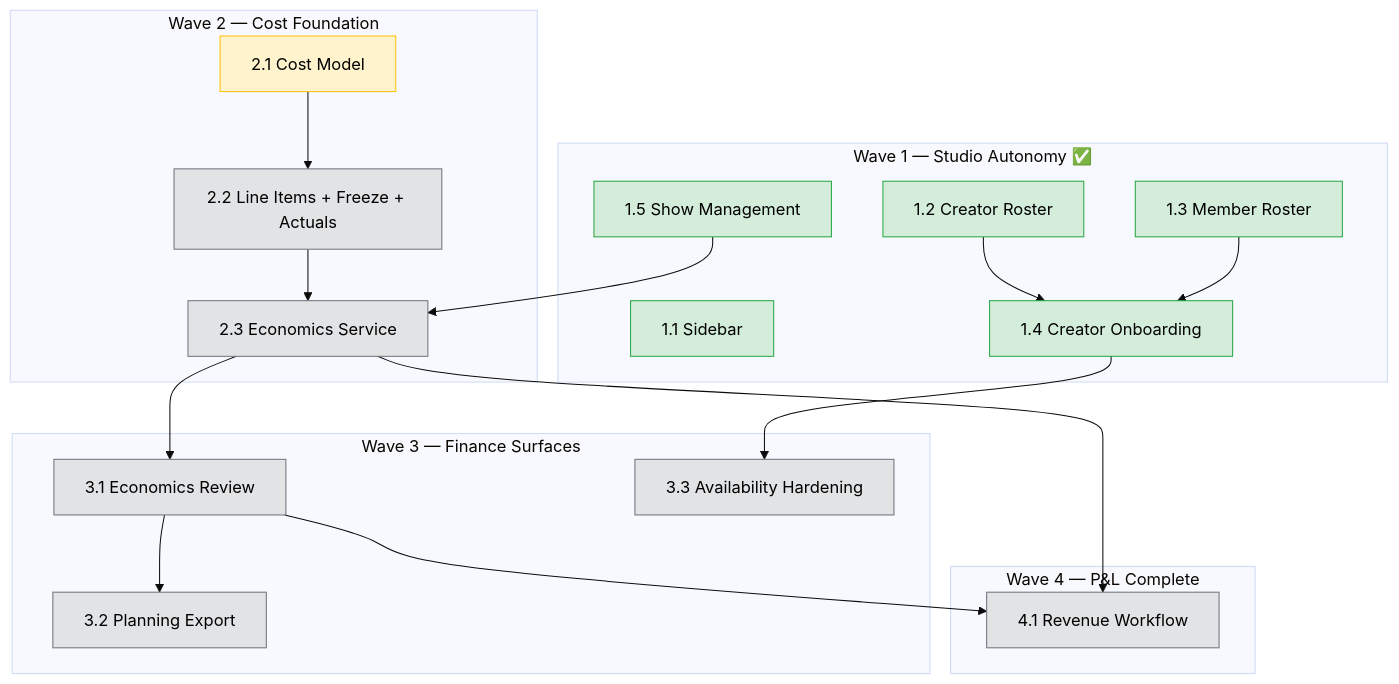
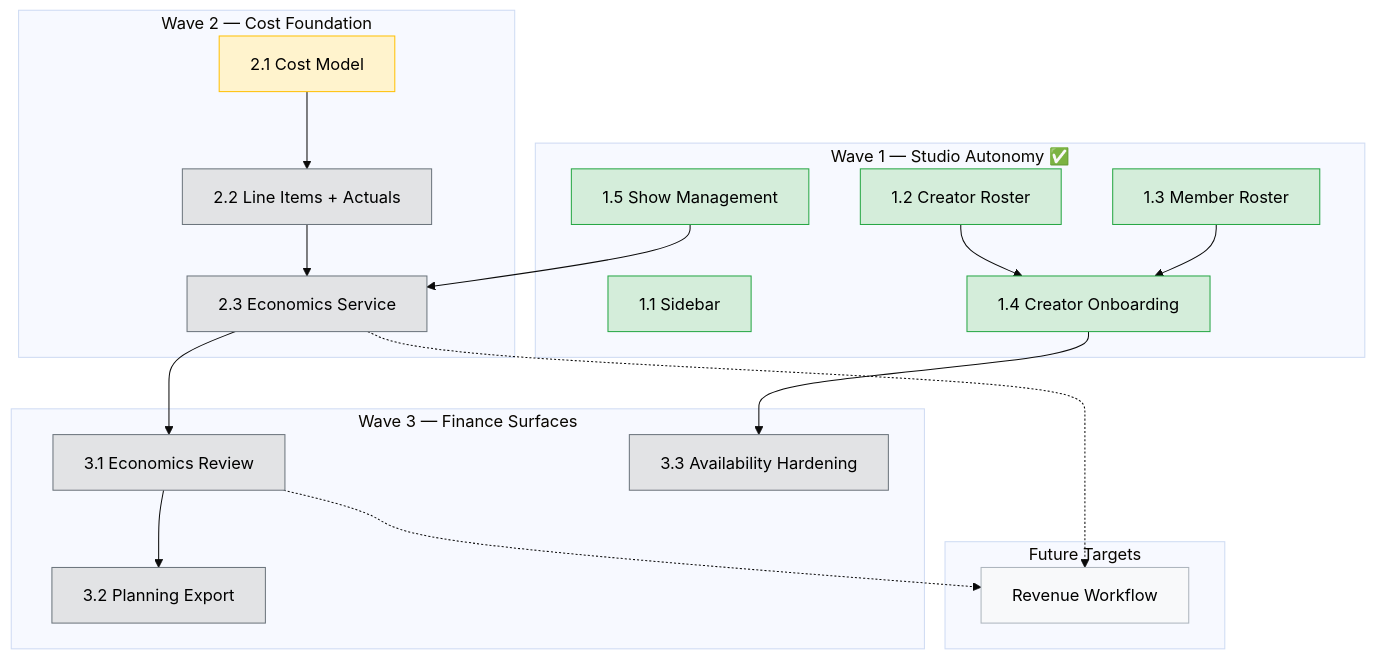
Before and after one commit to allenlin90/eridu-services: the diagram in docs/roadmap/PHASE_4.md, drawn with Mermaid (base theme). The commit also changed other lines of this file and 6 other files, not shown here.

````diff
--- a/docs/roadmap/PHASE_4.md
+++ b/docs/roadmap/PHASE_4.md
@@ -62,44 +65,46 @@
 ```mermaid
 flowchart TD
     subgraph wave1["Wave 1 — Studio Autonomy ✅"]
         W1_1["1.1 Sidebar"]
         W1_2["1.2 Creator Roster"]
         W1_3["1.3 Member Roster"]
         W1_4["1.4 Creator Onboarding"]
         W1_5["1.5 Show Management"]
     end
 
     subgraph wave2["Wave 2 — Cost Foundation"]
         W2_1["2.1 Cost Model"]
-        W2_2["2.2 Line Items + Freeze + Actuals"]
+        W2_2["2.2 Line Items + Actuals"]
         W2_3["2.3 Economics Service"]
     end
 
     subgraph wave3["Wave 3 — Finance Surfaces"]
         W3_1["3.1 Economics Review"]
         W3_2["3.2 Planning Export"]
         W3_3["3.3 Availability Hardening"]
     end
 
-    subgraph wave4["Wave 4 — P&L Complete"]
-        W4_1["4.1 Revenue Workflow"]
+    subgraph future["Future Targets"]
+        W4_1["Revenue Workflow"]
     end
 
     W1_2 --> W1_4
     W1_3 --> W1_4
     W1_5 --> W2_3
     W2_1 --> W2_2 --> W2_3
     W2_3 --> W3_1
     W3_1 --> W3_2
     W1_4 --> W3_3
-    W2_3 --> W4_1
-    W3_1 --> W4_1
+    W2_3 -.-> W4_1
+    W3_1 -.-> W4_1
 
     classDef done fill:#d4edda,stroke:#28a745,color:#000
     classDef active fill:#fff3cd,stroke:#ffc107,color:#000
     classDef planned fill:#e2e3e5,stroke:#6c757d,color:#000
+    classDef future fill:#f8f9fa,stroke:#adb5bd,color:#000
 
     class W1_1,W1_2,W1_3,W1_4,W1_5 done
     class W2_1 active
-    class W2_2,W2_3,W3_1,W3_2,W3_3,W4_1 planned
+    class W2_2,W2_3,W3_1,W3_2,W3_3 planned
+    class W4_1 future
 ```
````
